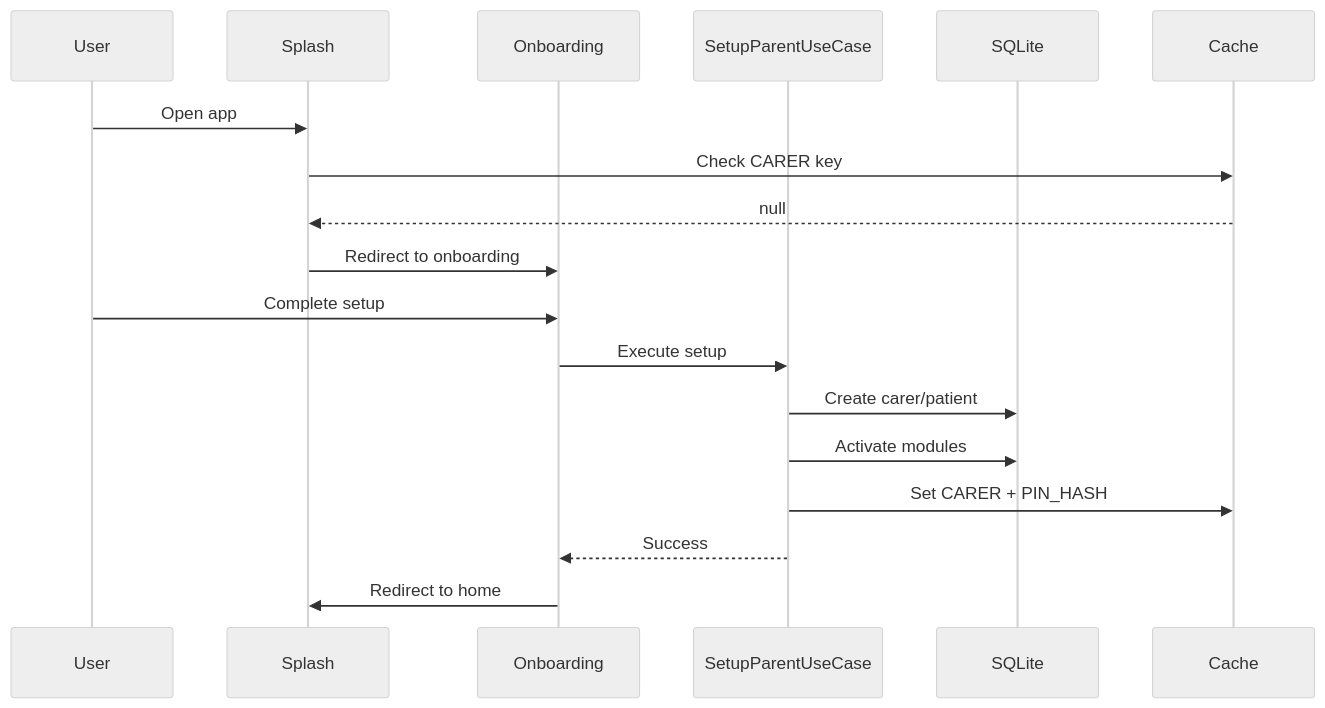
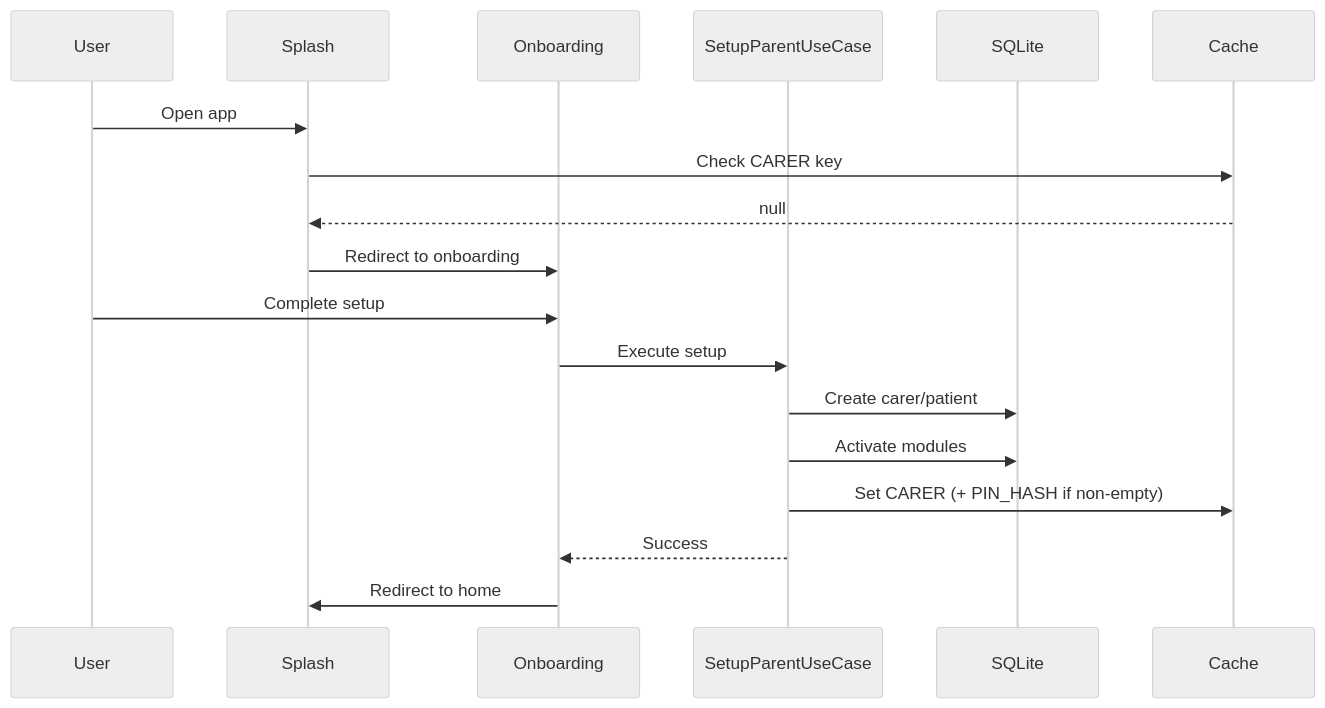
The first of 2 diagrams in .context/auth/overview.md (SrAlcantaraRD/Olivia), drawn with Mermaid (neutral theme) before and after one commit. The commit also changed other lines of this file and 7 other files, not shown here.

First line of the commit message:
docs(context): correct pin, state and architecture claims

````diff
--- a/.context/auth/overview.md
+++ b/.context/auth/overview.md
@@ -163,22 +161,22 @@
 ```mermaid
 sequenceDiagram
   participant U as User
   participant S as Splash
   participant O as Onboarding
   participant UC as SetupParentUseCase
   participant DB as SQLite
   participant C as Cache
 
   U->>S: Open app
   S->>C: Check CARER key
   C-->>S: null
   S->>O: Redirect to onboarding
 
   U->>O: Complete setup
   O->>UC: Execute setup
   UC->>DB: Create carer/patient
   UC->>DB: Activate modules
-  UC->>C: Set CARER + PIN_HASH
+  UC->>C: Set CARER (+ PIN_HASH if non-empty)
   UC-->>O: Success
   O->>S: Redirect to home
 ```
````
